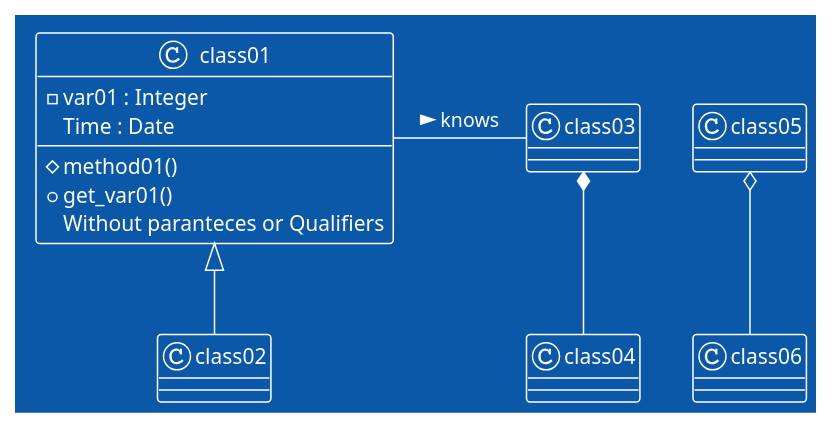
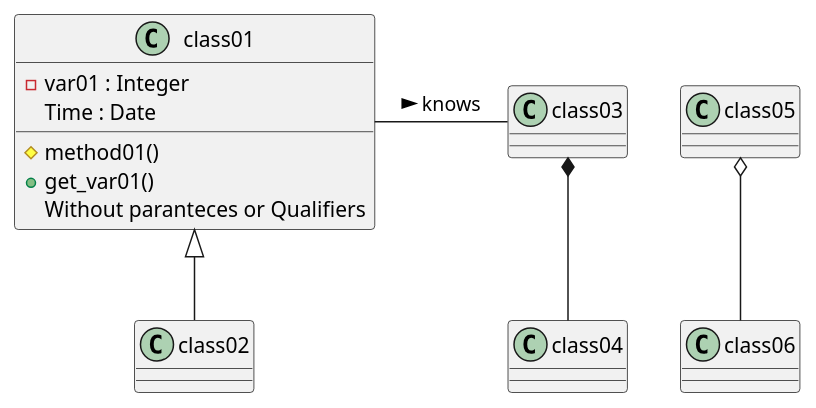
Before and after one commit to erikatudisco/programming_formalism: the second of 4 diagrams in notes_paradigms.md, drawn with PlantUML. The commit also changed other lines of this file, not shown here.

Commit message:
more uml, risk asesment and stuff

````diff
--- a/notes_paradigms.md
+++ b/notes_paradigms.md
@@ -52,17 +57,17 @@
 ```plantuml
 @startuml
- !theme amiga
+ !theme _none_
  class01 <|-- class02
  class03 *-- class04
  class05 o-- class06
 
  class01- class03 : knows >
  class class01 {
     -var01 : Integer
     Time : Date
     #method01()
     +get_var01()
     {method}Without paranteces or Qualifiers
  }
 @enduml
 ```
````
